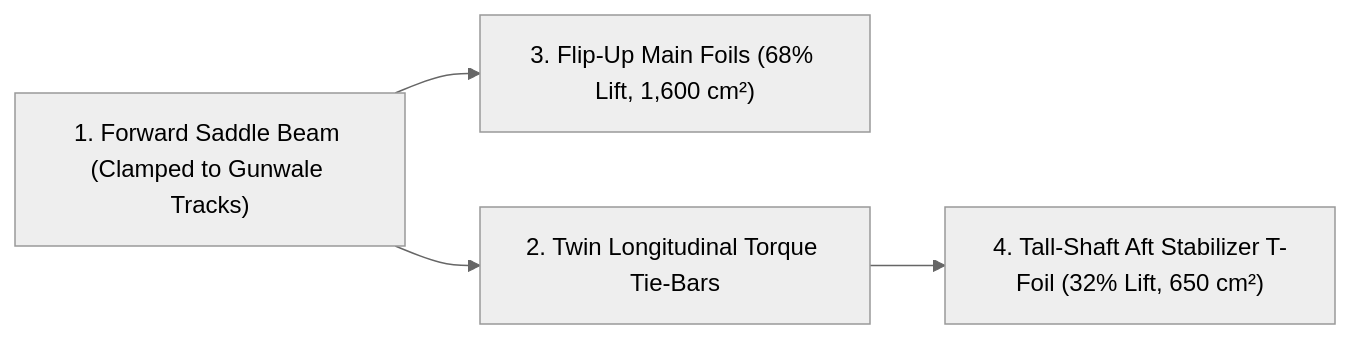
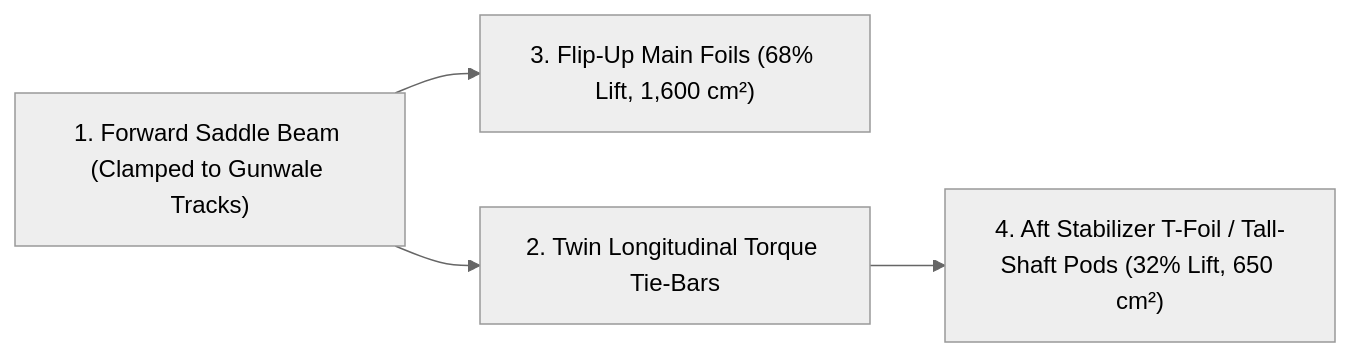
One commit to boats-boats-boats/foil-skiff changed the second of 3 diagrams in electric-foiling-dinghy-guide.md. Above: the diagram before and after it, drawn with Mermaid (neutral theme). The commit also changed other lines of this file and 2 other files, not shown here.

Commit message:
Refocus FoilSkiff on lightweight power-steered drives (Flipsky 65161, Maytech 65162/70182, W-30, U30, TP100) and rigid battery-floor

````diff
--- a/electric-foiling-dinghy-guide.md
+++ b/electric-foiling-dinghy-guide.md
@@ -74,6 +88,6 @@
 ```mermaid
 flowchart LR
     Saddle["1. Forward Saddle Beam (Clamped to Gunwale Tracks)"] --> FwdFoil["3. Flip-Up Main Foils (68% Lift, 1,600 cm²)"]
     Saddle --> Spine["2. Twin Longitudinal Torque Tie-Bars"]
-    Spine --> AftFoil["4. Tall-Shaft Aft Stabilizer T-Foil (32% Lift, 650 cm²)"]
+    Spine --> AftFoil["4. Aft Stabilizer T-Foil / Tall-Shaft Pods (32% Lift, 650 cm²)"]
 ```
````
